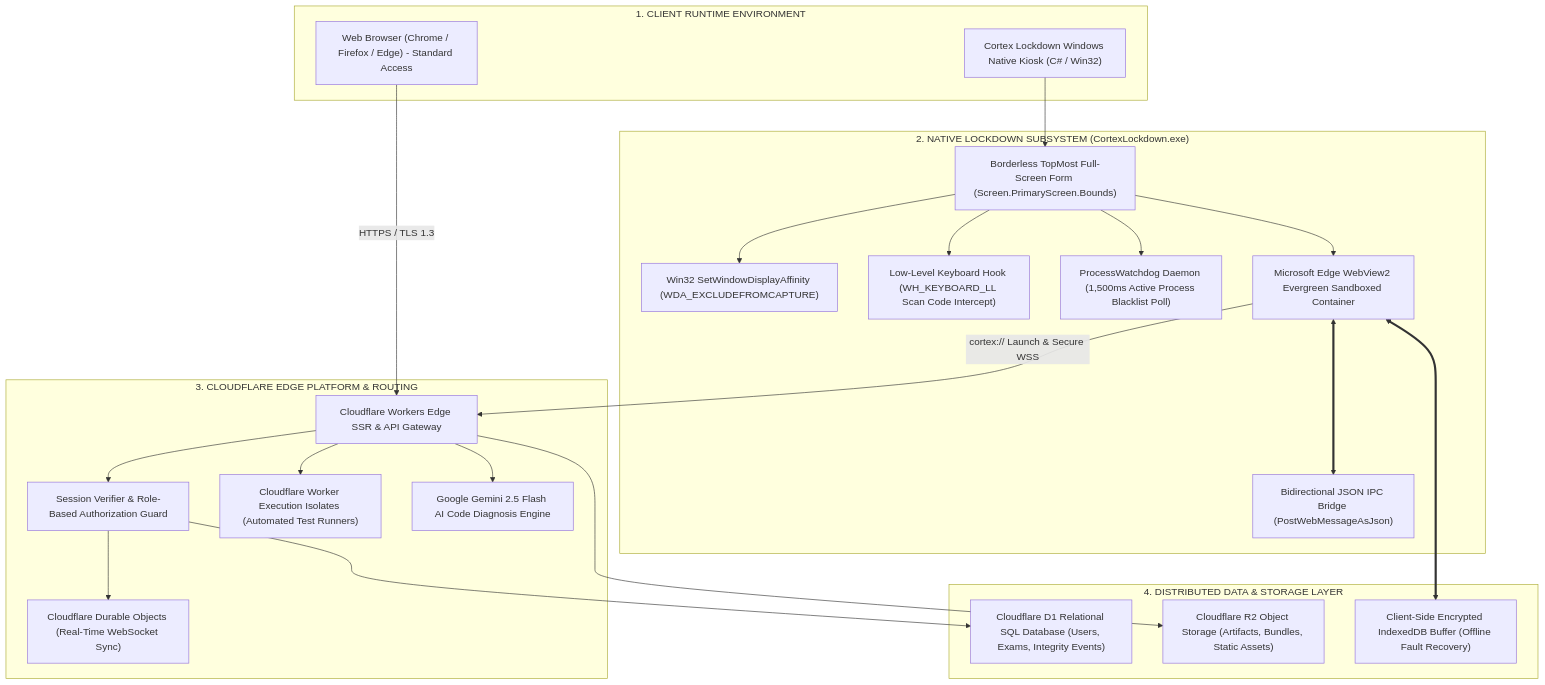
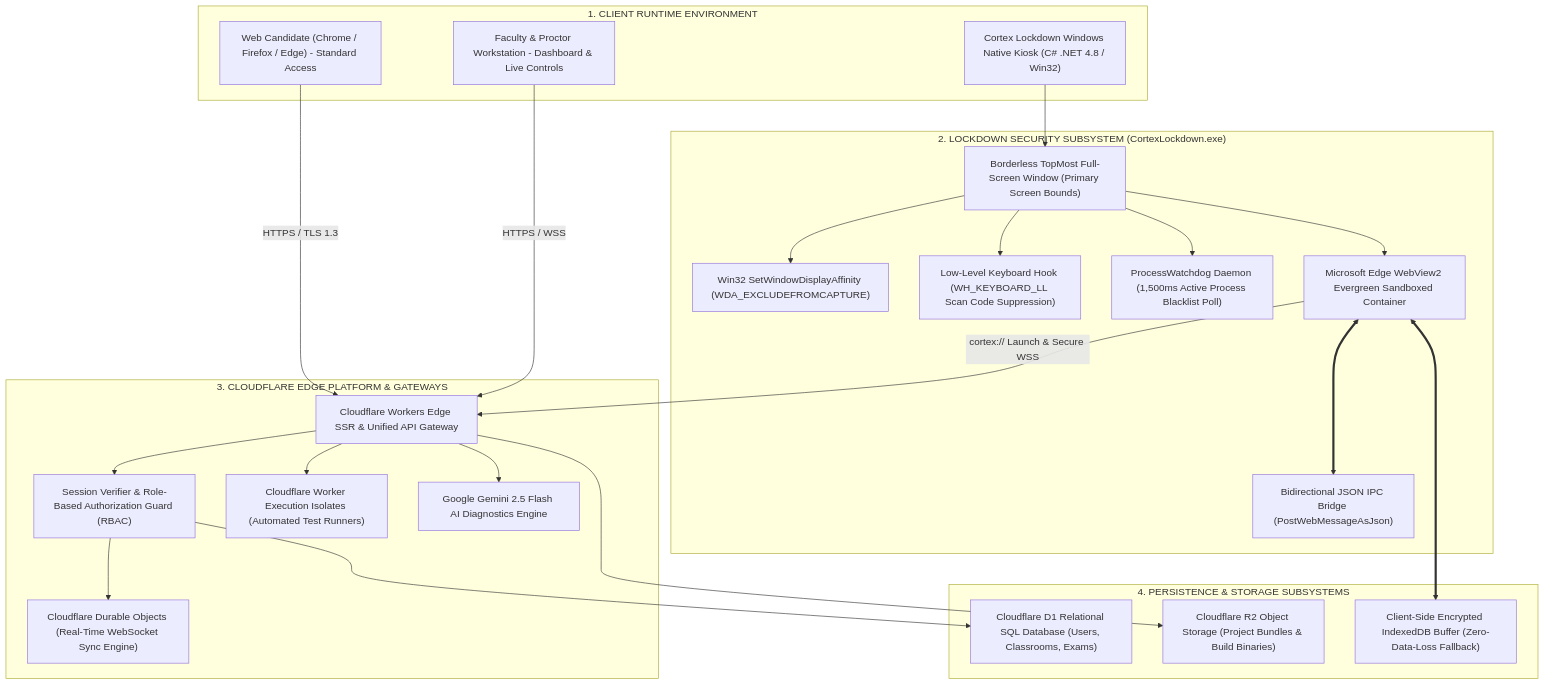
The first of 4 diagrams in README.md (shivampatilck-1010/cortex-code-platform), drawn with Mermaid before and after one commit. The commit also changed other lines of this file and 3 other files, not shown here.

Commit message:
docs: Expand README with exhaustive 8-pillar architecture, classroom virtual labs, and student project teams studio

````diff
--- a/README.md
+++ b/README.md
@@ -28,47 +40,50 @@
 ```mermaid
 flowchart TD
-    subgraph ClientBoundary["1. CLIENT RUNTIME ENVIRONMENT"]
-        WebStudent["Web Browser (Chrome / Firefox / Edge) - Standard Access"]
-        LockdownClient["Cortex Lockdown Windows Native Kiosk (C# / Win32)"]
+    subgraph ClientLayer["1. CLIENT RUNTIME ENVIRONMENT"]
+        WebStudent["Web Candidate (Chrome / Firefox / Edge) - Standard Access"]
+        FacultyProctor["Faculty & Proctor Workstation - Dashboard & Live Controls"]
+        LockdownKiosk["Cortex Lockdown Windows Native Kiosk (C# .NET 4.8 / Win32)"]
     end
 
-    subgraph SecuritySubsystem["2. NATIVE LOCKDOWN SUBSYSTEM (CortexLockdown.exe)"]
-        KioskHost["Borderless TopMost Full-Screen Form (Screen.PrimaryScreen.Bounds)"]
+    subgraph SecurityBoundary["2. LOCKDOWN SECURITY SUBSYSTEM (CortexLockdown.exe)"]
+        KioskHost["Borderless TopMost Full-Screen Window (Primary Screen Bounds)"]
         DisplayAffinity["Win32 SetWindowDisplayAffinity (WDA_EXCLUDEFROMCAPTURE)"]
-        KeyboardHook["Low-Level Keyboard Hook (WH_KEYBOARD_LL Scan Code Intercept)"]
+        KeyboardHook["Low-Level Keyboard Hook (WH_KEYBOARD_LL Scan Code Suppression)"]
         WatchdogDaemon["ProcessWatchdog Daemon (1,500ms Active Process Blacklist Poll)"]
         IPCBridge["Bidirectional JSON IPC Bridge (PostWebMessageAsJson)"]
-        WebView2Runtime["Microsoft Edge WebView2 Evergreen Sandboxed Container"]
+        WebView2["Microsoft Edge WebView2 Evergreen Sandboxed Container"]
     end
 
-    subgraph EdgeGateway["3. CLOUDFLARE EDGE PLATFORM & ROUTING"]
-        WorkerRouter["Cloudflare Workers Edge SSR & API Gateway"]
-        AuthService["Session Verifier & Role-Based Authorization Guard"]
-        DurableObjectsSync["Cloudflare Durable Objects (Real-Time WebSocket Sync)"]
+    subgraph EdgeRouting["3. CLOUDFLARE EDGE PLATFORM & GATEWAYS"]
+        EdgeWorker["Cloudflare Workers Edge SSR & Unified API Gateway"]
+        AuthBridge["Session Verifier & Role-Based Authorization Guard (RBAC)"]
+        DurableObjects["Cloudflare Durable Objects (Real-Time WebSocket Sync Engine)"]
         GradingIsolates["Cloudflare Worker Execution Isolates (Automated Test Runners)"]
-        AIService["Google Gemini 2.5 Flash AI Code Diagnosis Engine"]
+        AIService["Google Gemini 2.5 Flash AI Diagnostics Engine"]
     end
 
-    subgraph DataPersistence["4. DISTRIBUTED DATA & STORAGE LAYER"]
-        D1SQL["Cloudflare D1 Relational SQL Database (Users, Exams, Integrity Events)"]
-        R2Buckets["Cloudflare R2 Object Storage (Artifacts, Bundles, Static Assets)"]
-        LocalIndexedDB["Client-Side Encrypted IndexedDB Buffer (Offline Fault Recovery)"]
+    subgraph PersistenceLayer["4. PERSISTENCE & STORAGE SUBSYSTEMS"]
+        D1SQL["Cloudflare D1 Relational SQL Database (Users, Classrooms, Exams)"]
+        R2Buckets["Cloudflare R2 Object Storage (Project Bundles & Build Binaries)"]
+        LocalIndexedDB["Client-Side Encrypted IndexedDB Buffer (Zero-Data-Loss Fallback)"]
     end
 
-    LockdownClient --> KioskHost
+    LockdownKiosk --> KioskHost
     KioskHost --> DisplayAffinity
     KioskHost --> KeyboardHook
     KioskHost --> WatchdogDaemon
-    KioskHost --> WebView2Runtime
-    WebView2Runtime <===> IPCBridge
-    WebView2Runtime <===> LocalIndexedDB
+    KioskHost --> WebView2
+    WebView2 <===> IPCBridge
+    WebView2 <===> LocalIndexedDB
 
-    WebStudent -->|HTTPS / TLS 1.3| WorkerRouter
-    WebView2Runtime -->|cortex:// Launch & Secure WSS| WorkerRouter
-    WorkerRouter --> AuthService
-    AuthService --> DurableObjectsSync
-    AuthService --> D1SQL
-    WorkerRouter --> R2Buckets
-    WorkerRouter --> GradingIsolates
-    WorkerRouter --> AIService
+    WebStudent -->|HTTPS / TLS 1.3| EdgeWorker
+    FacultyProctor -->|HTTPS / WSS| EdgeWorker
+    WebView2 -->|cortex:// Launch & Secure WSS| EdgeWorker
+
+    EdgeWorker --> AuthBridge
+    AuthBridge --> DurableObjects
+    AuthBridge --> D1SQL
+    EdgeWorker --> R2Buckets
+    EdgeWorker --> GradingIsolates
+    EdgeWorker --> AIService
 ```
````
